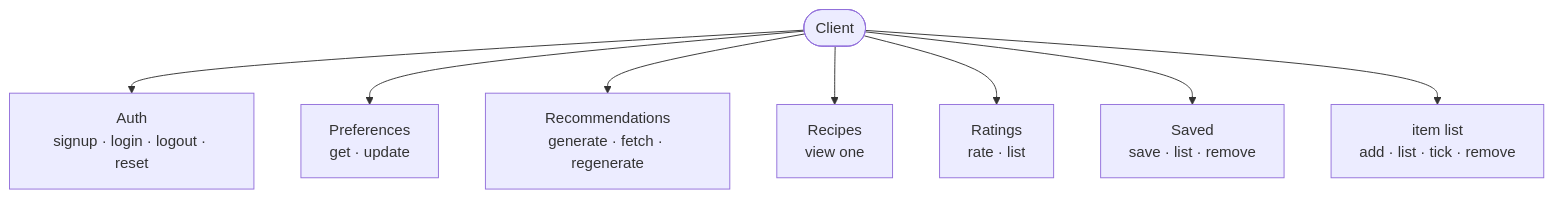
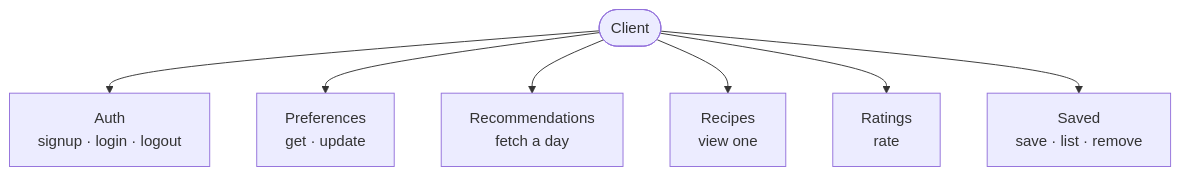
The first of 2 diagrams in docs/api_design.md (Tejas1305/13_Tejas.D-diet-recommender), drawn with Mermaid before and after one commit. The commit also changed other lines of this file and 10 other files, not shown here.

````diff
--- a/docs/api_design.md
+++ b/docs/api_design.md
@@ -7,10 +6,9 @@
 ```mermaid
 graph TD
-    C([Client]) --> A[Auth<br/>signup · login · logout · reset]
+    C([Client]) --> A[Auth<br/>signup · login · logout]
     C --> P[Preferences<br/>get · update]
-    C --> R[Recommendations<br/>generate · fetch · regenerate]
+    C --> R[Recommendations<br/>fetch a day]
     C --> RE[Recipes<br/>view one]
-    C --> RA[Ratings<br/>rate · list]
+    C --> RA[Ratings<br/>rate]
     C --> SV[Saved<br/>save · list · remove]
-    C --> SL[item list<br/>add · list · tick · remove]
 ```
````
